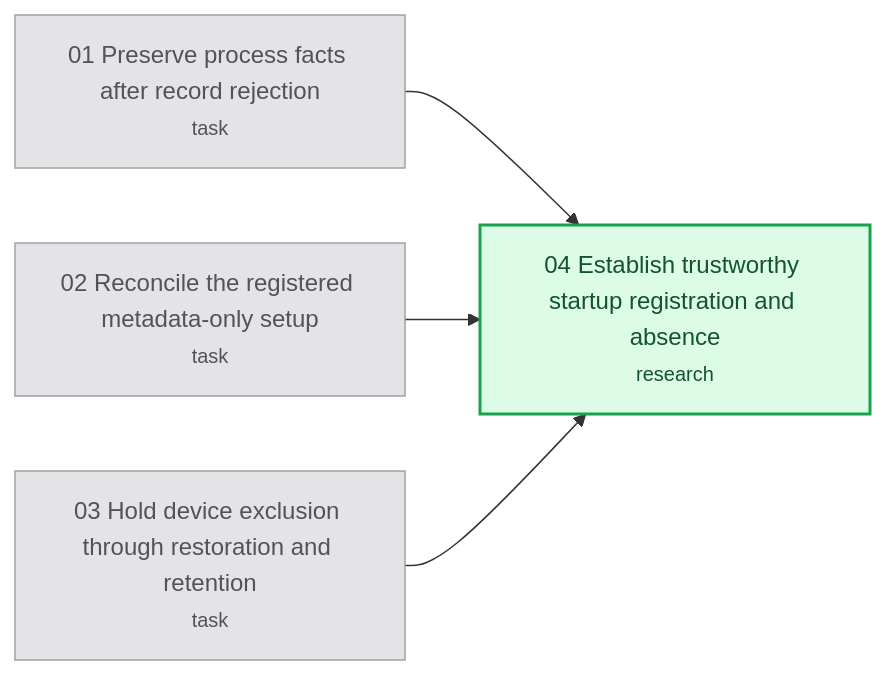
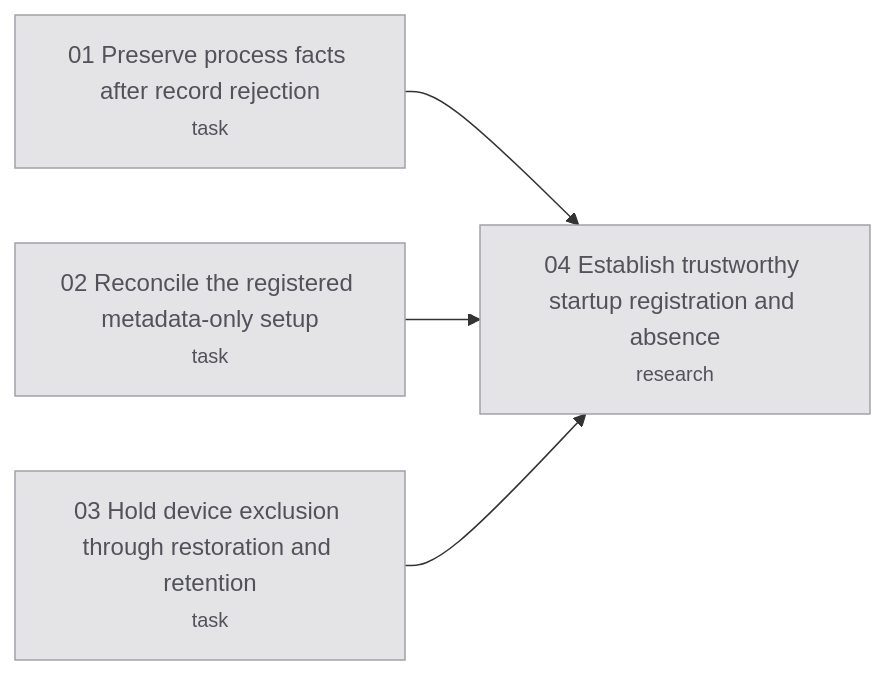
One commit to hugues-vnsgn/jev-ios-bridge changed the diagram in .scratch/native-owner-recovery/map.md. Above: the diagram before and after it, drawn with Mermaid. The commit also changed other lines of this file and 6 other files, not shown here.

````diff
--- a/.scratch/native-owner-recovery/map.md
+++ b/.scratch/native-owner-recovery/map.md
@@ -21,16 +23,15 @@
 ```mermaid
 flowchart LR
     T01["01 Preserve process facts after record rejection<br/><small>task</small>"]
     T02["02 Reconcile the registered metadata-only setup<br/><small>task</small>"]
     T03["03 Hold device exclusion through restoration and retention<br/><small>task</small>"]
     T04["04 Establish trustworthy startup registration and absence<br/><small>research</small>"]
     T01 --> T04
     T02 --> T04
     T03 --> T04
     classDef resolved fill:#e4e4e7,stroke:#a1a1aa,color:#52525b
     classDef claimed fill:#dbeafe,stroke:#2563eb,color:#1e3a8a
     classDef frontier fill:#dcfce7,stroke:#16a34a,color:#14532d,stroke-width:2px
     classDef blocked fill:#ffffff,stroke:#a1a1aa,color:#18181b
-    class T01,T02,T03 resolved
-    class T04 frontier
+    class T01,T02,T03,T04 resolved
 ```
````
